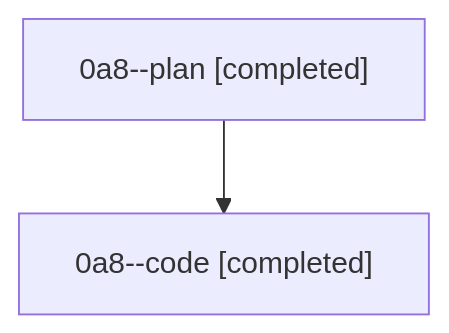
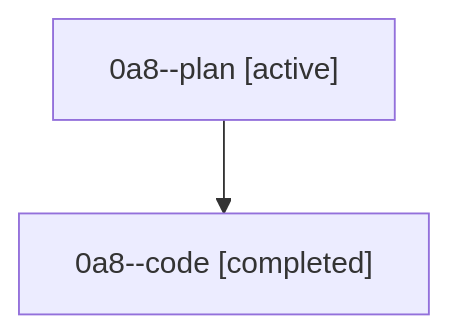
One commit to sase-org/sase--agents changed the diagram in families/bbugyi200.athena.0a8.md. Above: the diagram before and after it, drawn with Mermaid. The commit also changed other lines of this file and 35830 other files, not shown here.

````diff
--- a/families/bbugyi200.athena.0a8.md
+++ b/families/bbugyi200.athena.0a8.md
@@ -9,6 +9,6 @@
 ```mermaid
 flowchart TD
-  n0["0a8--plan [completed]"]
+  n0["0a8--plan [active]"]
   n1["0a8--code [completed]"]
   n0 --> n1
 ```
````
